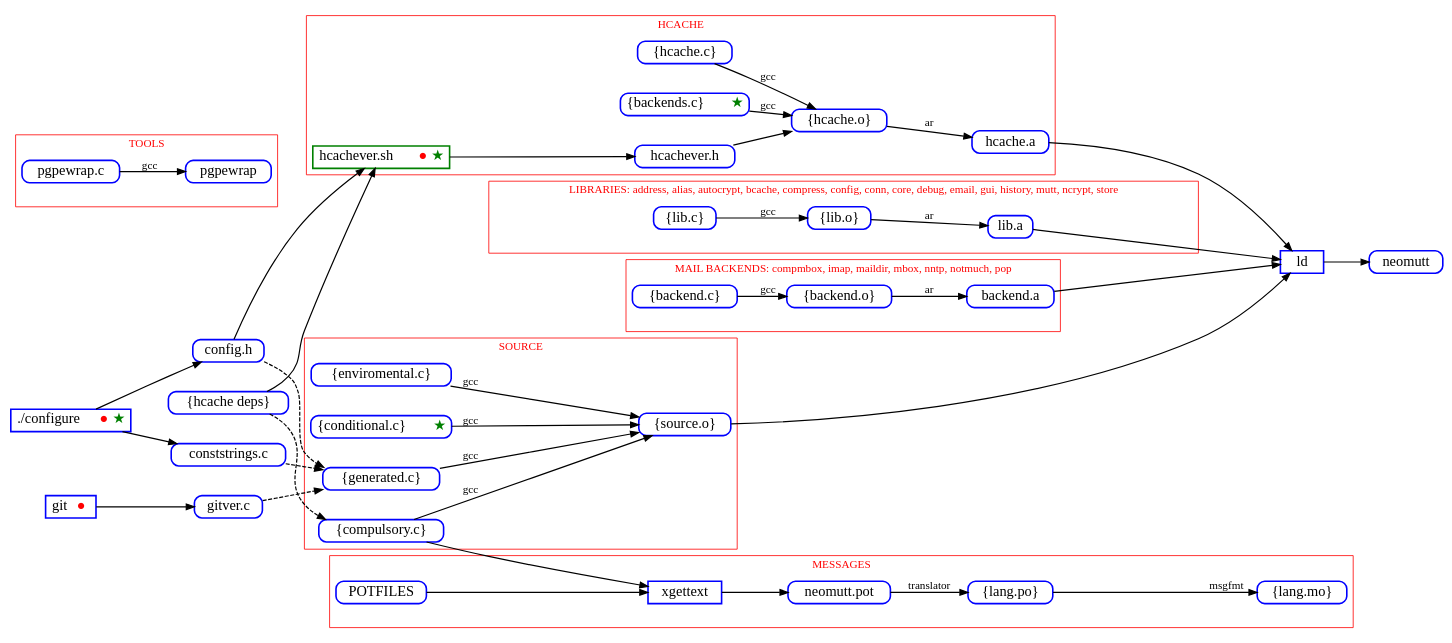
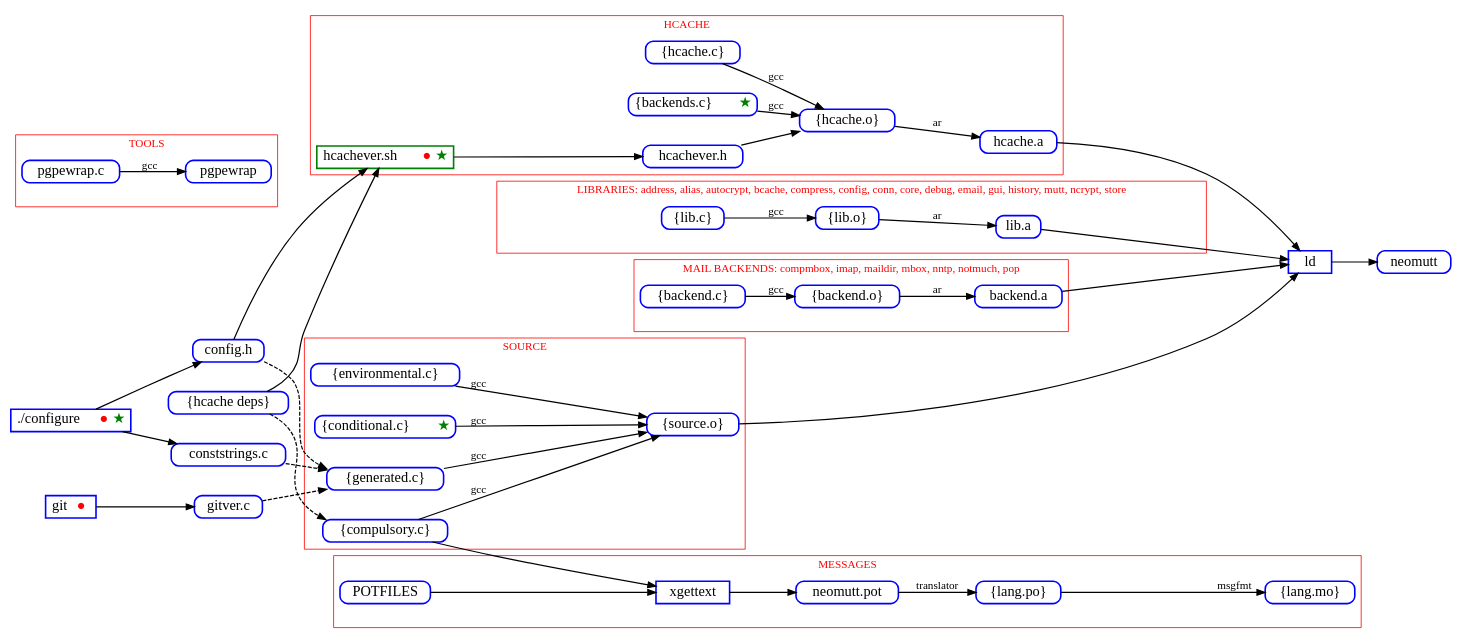
One commit to neomutt/gfx changed the diagram in build/make-code.gv. Above: the diagram before and after it, drawn with Graphviz. The commit also changed 3 other files, not shown here.

```diff
--- a/build/make-code.gv
+++ b/build/make-code.gv
@@ -1,141 +1,141 @@
 digraph build {
 	graph [
 		rankdir="LR"
 		nodesep="0.5"
 		ranksep="0.3"
 	];
 
 	node [
 		shape="Mrecord"
 		style="solid"
 		height="0.2"
 		penwidth="2.0"
 		color="blue"
 		fontcolor="black"
 		fontsize="18"
 	];
 
 	edge [
 		penwidth="1.5"
 		color="#000000"
 		arrowsize="1.0"
 	];
 
 
 	config_h         [ label="config.h"            ]
 	conststrings_c   [ label="conststrings.c"      ]
 	gitver_c         [ label="gitver.c"            ]
 	mutt_h           [ label="\{hcache deps\}"     ]
 
 	dot_configure [ label=<./configure <font color="red">●</font><font color="green">★</font>> shape="box" ]
 	git           [ label=<git <font color="red">●</font>> shape="box" ]
 	ld_mutt       [ label="ld" shape="box" ]
 
 	lots_obj -> ld_mutt
 	ld_mutt -> neomutt
 
 	dot_configure -> config_h
 	config_h -> generated [ style="dashed" ]
 
 	dot_configure -> conststrings_c
 	conststrings_c -> generated [ style="dashed" ]
 
 	git -> gitver_c
 	gitver_c -> generated [ style="dashed" ]
 
 	config_h -> hcachever_sh
 	mutt_h -> hcachever_sh
 	mutt_h -> compulsory [ style="dashed" ]
 
 	subgraph cluster_libraries {
 		fontcolor="red"
 		label="LIBRARIES: address, alias, autocrypt, bcache, compress, config, conn, core, debug, email, gui, history, mutt, ncrypt, store"
 		color="#ff0000"
 
 		lots_lib_c [ label="\{lib.c\}" ]
 		lots_lib_o [ label="\{lib.o\}" ]
 		lib_a      [ label="lib.a" ]
 
 		lots_lib_c -> lots_lib_o [ label="gcc" ]
 		lots_lib_o -> lib_a      [ label="ar" ]
 	}
 
 	subgraph cluster_backends {
 		fontcolor="red"
 		label="MAIL BACKENDS: compmbox, imap, maildir, mbox, nntp, notmuch, pop"
 		color="#ff0000"
 
 		lots_backend_c [ label="\{backend.c\}" ]
 		lots_backend_o [ label="\{backend.o\}" ]
 		backend_a      [ label="backend.a"  ]
 
 		lots_backend_c -> lots_backend_o [ label="gcc" ]
 		lots_backend_o -> backend_a      [ label="ar" ]
 	}
 
 	subgraph cluster_hcache {
 		fontcolor="red"
 		label="HCACHE"
 		color="#ff0000"
 
 		lots_hcache_c [ label="\{hcache.c\}"                                                                                  ]
 		lots_hcache_o [ label="\{hcache.o\}"                                                                                  ]
 		backends_c    [ label=<\{backends.c\} <font color="green">★</font>>                                                   ]
 		hcachever_h   [ label="hcachever.h"                                                                                   ]
 		hcachever_sh  [ label=<hcachever.sh <font color="red">●</font><font color="green">★</font>> color="green" shape="box" ]
 		hcache_a      [ label="hcache.a"                                                                                      ]
 
 		hcachever_sh  -> hcachever_h
 		hcachever_h   -> lots_hcache_o
 		backends_c    -> lots_hcache_o [ label="gcc" ]
 		lots_hcache_c -> lots_hcache_o [ label="gcc" ]
 		lots_hcache_o -> hcache_a      [ label="ar"  ]
 	}
 
 	subgraph cluster_source {
 		fontcolor="red"
 		label="SOURCE"
 		color="#ff0000"
 
-		compulsory   [ label="\{compulsory.c\}"                               ]
-		conditional  [ label=<\{conditional.c\} <font color="green">★</font>> ]
-		enviromental [ label="\{enviromental.c\}"                             ]
-		generated    [ label="\{generated.c\}"                                ]
-		lots_obj     [ label="\{source.o\}"                                   ]
+		compulsory    [ label="\{compulsory.c\}"                               ]
+		conditional   [ label=<\{conditional.c\} <font color="green">★</font>> ]
+		environmental [ label="\{environmental.c\}"                            ]
+		generated     [ label="\{generated.c\}"                                ]
+		lots_obj      [ label="\{source.o\}"                                   ]
 
-		compulsory   -> lots_obj [ label="gcc" ]
-		conditional  -> lots_obj [ label="gcc" ]
-		enviromental -> lots_obj [ label="gcc" ]
-		generated    -> lots_obj [ label="gcc" ]
+		compulsory    -> lots_obj [ label="gcc" ]
+		conditional   -> lots_obj [ label="gcc" ]
+		environmental -> lots_obj [ label="gcc" ]
+		generated     -> lots_obj [ label="gcc" ]
 	}
 
 	subgraph cluster_messages {
 		fontcolor="red"
 		label="MESSAGES"
 		color="#ff0000"
 
 		lots_mo          [ label="\{lang.mo\}"          ]
 		lots_po          [ label="\{lang.po\}"          ]
 		neomutt_pot      [ label="neomutt.pot"          ]
 		xgettext         [ label="xgettext" shape="box" ]
 
 		POTFILES         -> xgettext
 		compulsory       -> xgettext
 		xgettext         -> neomutt_pot
 		neomutt_pot      -> lots_po [ label="translator" ]
 		lots_po          -> lots_mo [ label="msgfmt" ]
 	}
 
 	subgraph cluster_tools {
 		fontcolor="red"
 		label="TOOLS"
 		color="#ff0000"
 
 		pgpewrap_src [ label="pgpewrap.c" ]
 		pgpewrap_src -> pgpewrap [ label="gcc" ]
 	}
 
 	hcache_a  -> ld_mutt
 	lib_a     -> ld_mutt
 	backend_a -> ld_mutt
 }
```
